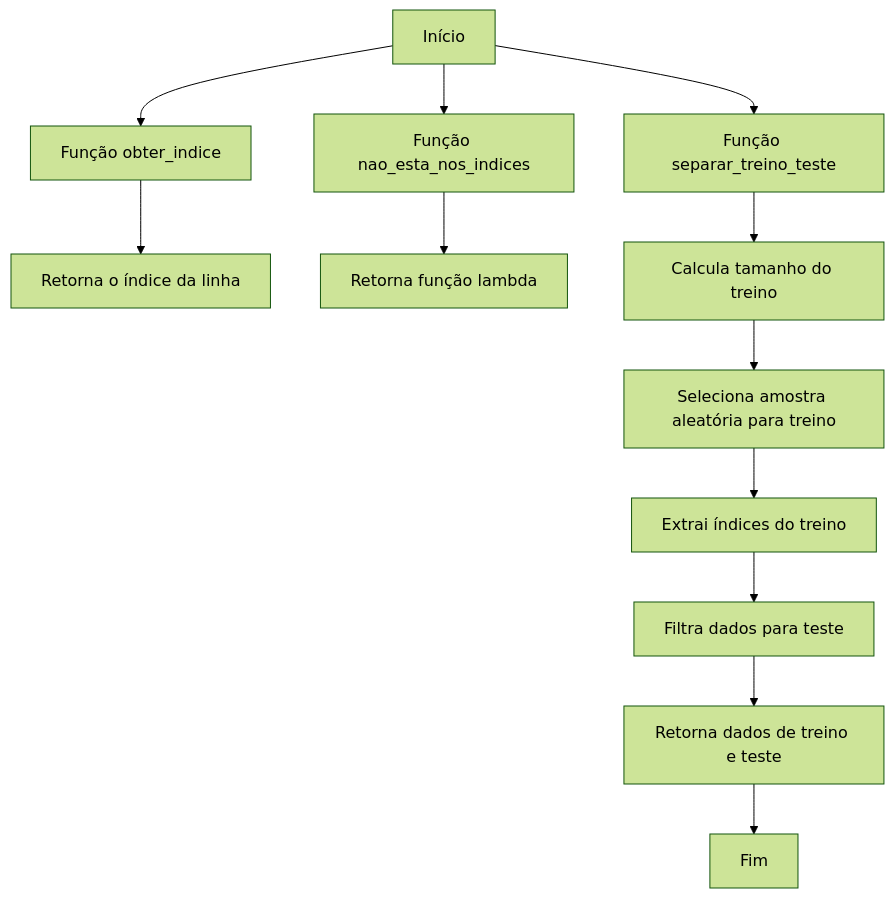
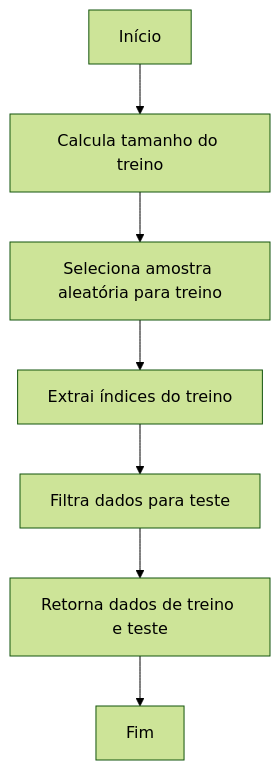
One commit to caiu-c/mestrado changed the diagram in deeplearning/ATVD_2_perceptron/fluxogramas/separa_dados.md. Above: the diagram before and after it, drawn with Mermaid (forest theme).

````diff
--- a/deeplearning/ATVD_2_perceptron/fluxogramas/separa_dados.md
+++ b/deeplearning/ATVD_2_perceptron/fluxogramas/separa_dados.md
@@ -1,15 +1,10 @@
 ```mermaid
 graph TD
-    A[Início] --> B[Função obter_indice]
-    B --> C[Retorna o índice da linha]
-    A --> D[Função nao_esta_nos_indices]
-    D --> E[Retorna função lambda]
-    A --> F[Função separar_treino_teste]
-    F --> G[Calcula tamanho do treino]
+    A[Início] --> G[Calcula tamanho do treino]
     G --> H[Seleciona amostra aleatória para treino]
     H --> I[Extrai índices do treino]
     I --> J[Filtra dados para teste]
     J --> K[Retorna dados de treino e teste]
     K --> L[Fim]
 
 ```
````
